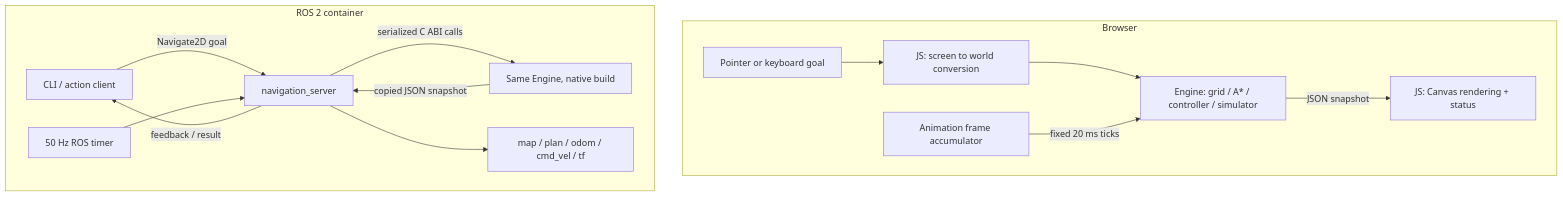
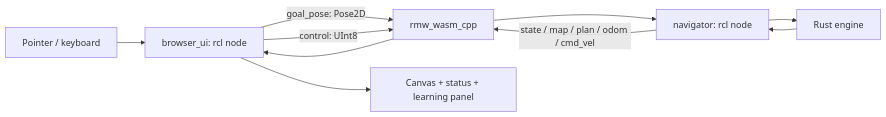
Before and after one commit to LeoMaglanoc/ros2-navigation-lab: the diagram in docs/architecture.md, drawn with Mermaid. The commit also changed other lines of this file and 33 other files, not shown here.

Commit message:
Run actual browser ROS 2 nodes with ROS2WASM and Rust navigation

````diff
--- a/docs/architecture.md
+++ b/docs/architecture.md
@@ -24,17 +24,12 @@
 ```mermaid
-flowchart TD
-  subgraph Browser
-    input[Pointer or keyboard goal] --> adapter[JS: screen to world conversion]
-    adapter --> engine[Engine: grid / A* / controller / simulator]
-    clock[Animation frame accumulator] -->|fixed 20 ms ticks| engine
-    engine -->|JSON snapshot| render[JS: Canvas rendering + status]
-  end
-  subgraph ROS 2 container
-    client[CLI / action client] -->|Navigate2D goal| node[navigation_server]
-    node -->|serialized C ABI calls| native[Same Engine, native build]
-    timer[50 Hz ROS timer] --> node
-    native -->|copied JSON snapshot| node
-    node -->|feedback / result| client
-    node --> topics[map / plan / odom / cmd_vel / tf]
-  end
+flowchart LR
+  input[Pointer / keyboard] --> ui[browser_ui: rcl node]
+  ui -->|goal_pose: Pose2D| rmw[rmw_wasm_cpp]
+  ui -->|control: UInt8| rmw
+  rmw --> nav[navigator: rcl node]
+  nav --> engine[Rust engine]
+  engine --> nav
+  nav -->|state / map / plan / odom / cmd_vel| rmw
+  rmw --> ui
+  ui --> renderer[Canvas + status + learning panel]
 ```
````
